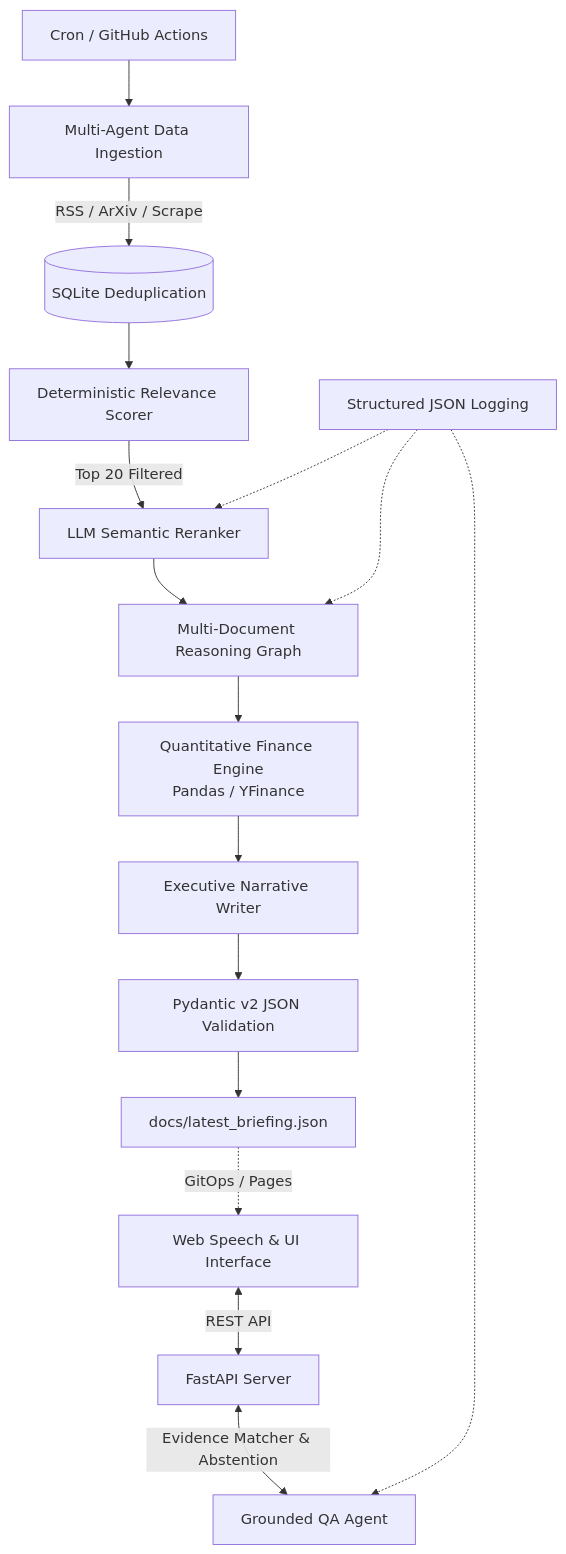
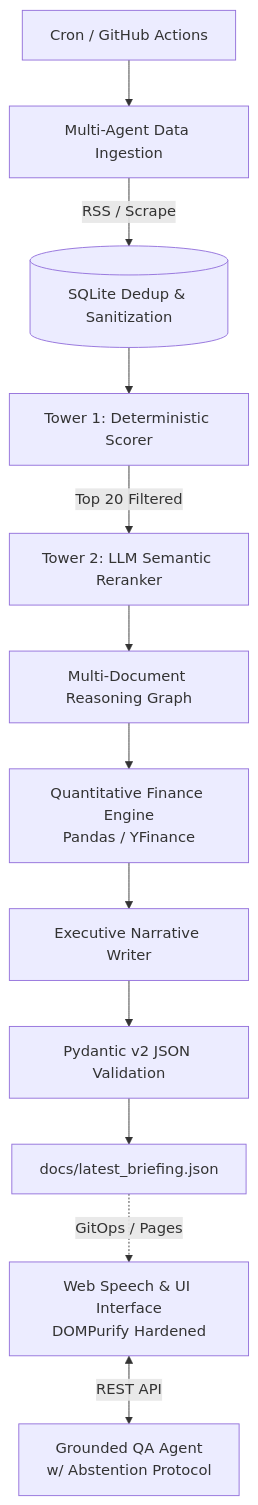
One commit to mpozz28/jarvis-daily-briefing changed the diagram in README.md. Above: the diagram before and after it, drawn with Mermaid. The commit also changed other lines of this file and 23 other files, not shown here.

````diff
--- a/README.md
+++ b/README.md
@@ -17,27 +17,21 @@
 ```mermaid
 flowchart TD
     %% Ingestion
     A[Cron / GitHub Actions] --> B[Multi-Agent Data Ingestion]
-    B -->|RSS / ArXiv / Scrape| C[(SQLite Deduplication)]
+    B -->|RSS / Scrape| C[(SQLite Dedup & Sanitization)]
 
     %% Processing Pipeline
-    C --> D[Deterministic Relevance Scorer]
-    D -->|Top 20 Filtered| E[LLM Semantic Reranker]
+    C --> D[Tower 1: Deterministic Scorer]
+    D -->|Top 20 Filtered| E[Tower 2: LLM Semantic Reranker]
     E --> F[Multi-Document Reasoning Graph]
     F --> G["Quantitative Finance Engine<br/>Pandas / YFinance"]
 
     %% Output Generation
     G --> H[Executive Narrative Writer]
     H --> I[Pydantic v2 JSON Validation]
     I --> J[docs/latest_briefing.json]
 
     %% Serving & RAG
-    J -.->|GitOps / Pages| K[Web Speech & UI Interface]
-    K <-->|REST API| L[FastAPI Server]
-    L <-->|Evidence Matcher & Abstention| M[Grounded QA Agent]
-
-    %% Observability
-    N[Structured JSON Logging] -.-> E
-    N -.-> F
-    N -.-> M
+    J -.->|GitOps / Pages| K["Web Speech & UI Interface<br/>DOMPurify Hardened"]
+    K <-->|REST API| L["Grounded QA Agent<br/>w/ Abstention Protocol"]
 ```
````
